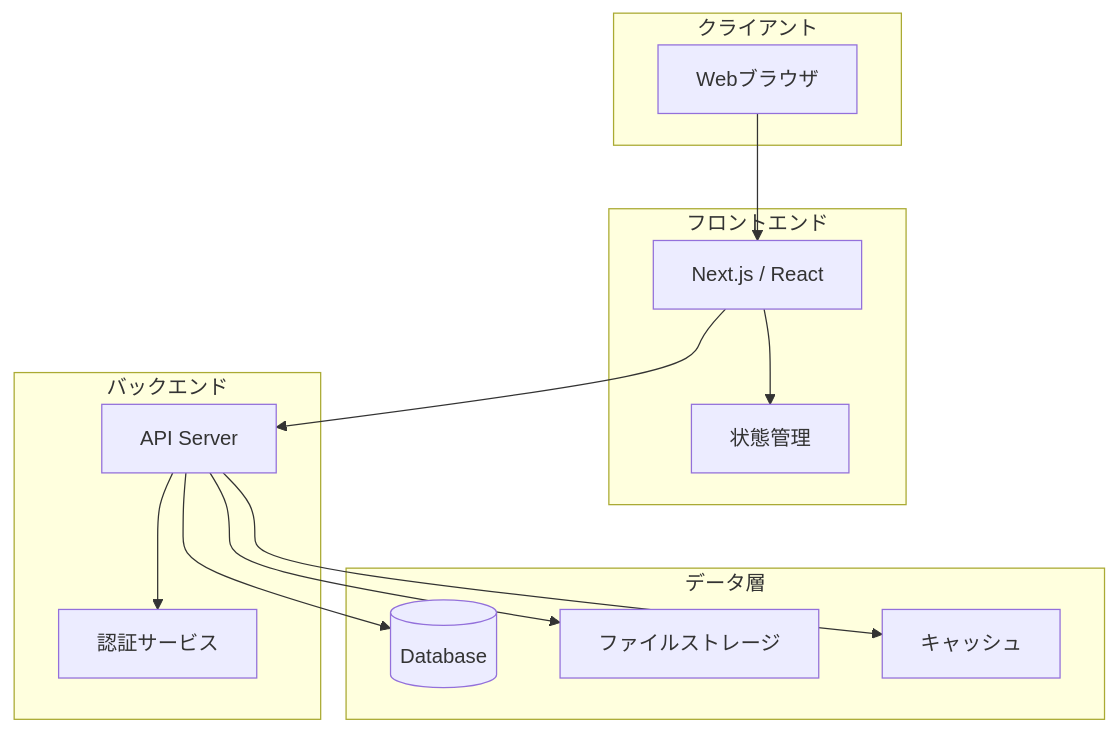
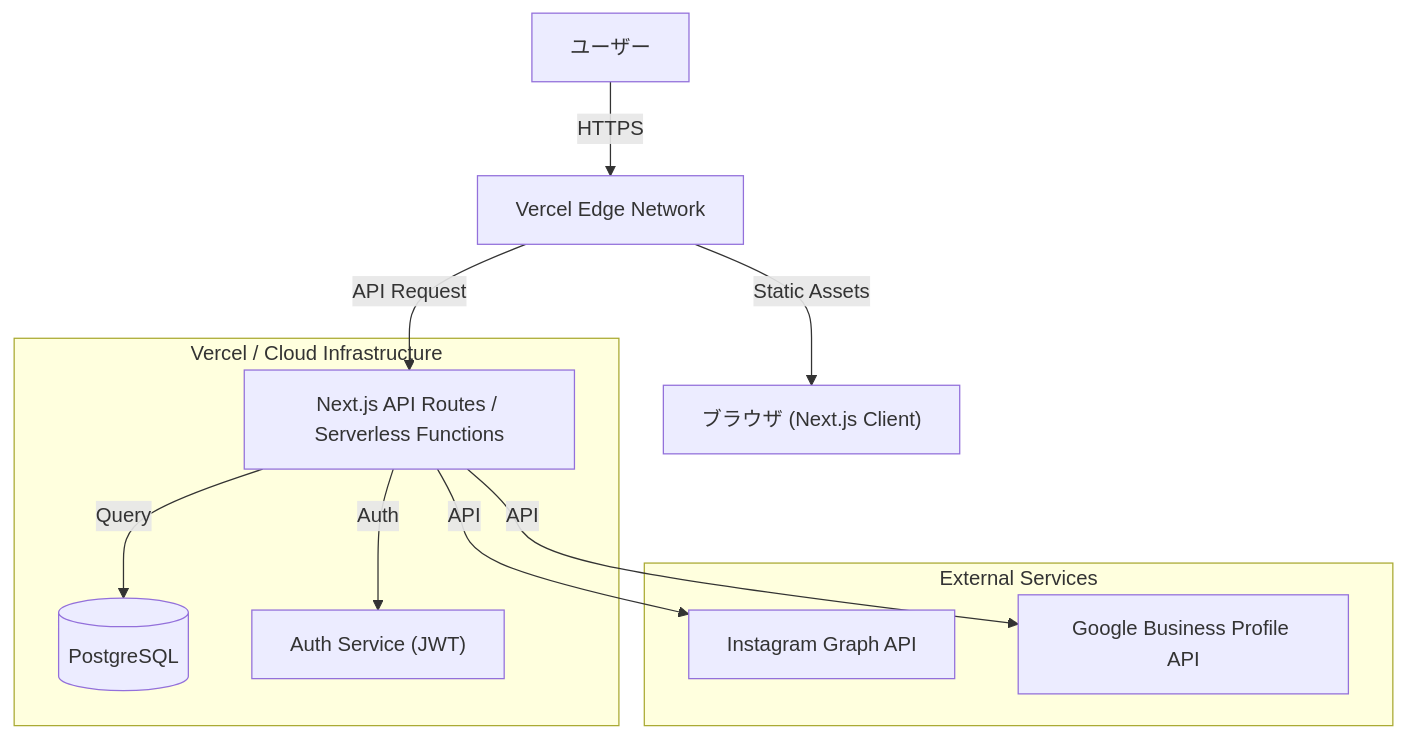
One commit to NK28116/web-PJ changed the first of 2 diagrams in docs/05_technical_spec.md. Above: the diagram before and after it, drawn with Mermaid. The commit also changed other lines of this file and 4 other files, not shown here.

````diff
--- a/docs/05_technical_spec.md
+++ b/docs/05_technical_spec.md
@@ -7,30 +6,16 @@
 ```mermaid
-graph TB
-    subgraph "クライアント"
-        A[Webブラウザ]
+graph TD
+    User[ユーザー] -->|HTTPS| CDN[Vercel Edge Network]
+    CDN -->|Static Assets| Browser["ブラウザ (Next.js Client)"]
+    CDN -->|API Request| Server[Next.js API Routes / Serverless Functions]
+    
+    subgraph "Vercel / Cloud Infrastructure"
+        Server -->|Query| DB[(PostgreSQL)]
+        Server -->|Auth| Auth["Auth Service (JWT)"]
     end
     
-    subgraph "フロントエンド"
-        B[Next.js / React]
-        C[状態管理]
+    subgraph "External Services"
+        Server -->|API| Insta[Instagram Graph API]
+        Server -->|API| Google[Google Business Profile API]
     end
-    
-    subgraph "バックエンド"
-        D[API Server]
-        E[認証サービス]
-    end
-    
-    subgraph "データ層"
-        F[(Database)]
-        G[ファイルストレージ]
-        H[キャッシュ]
-    end
-    
-    A --> B
-    B --> C
-    B --> D
-    D --> E
-    D --> F
-    D --> G
-    D --> H
 ```
````
